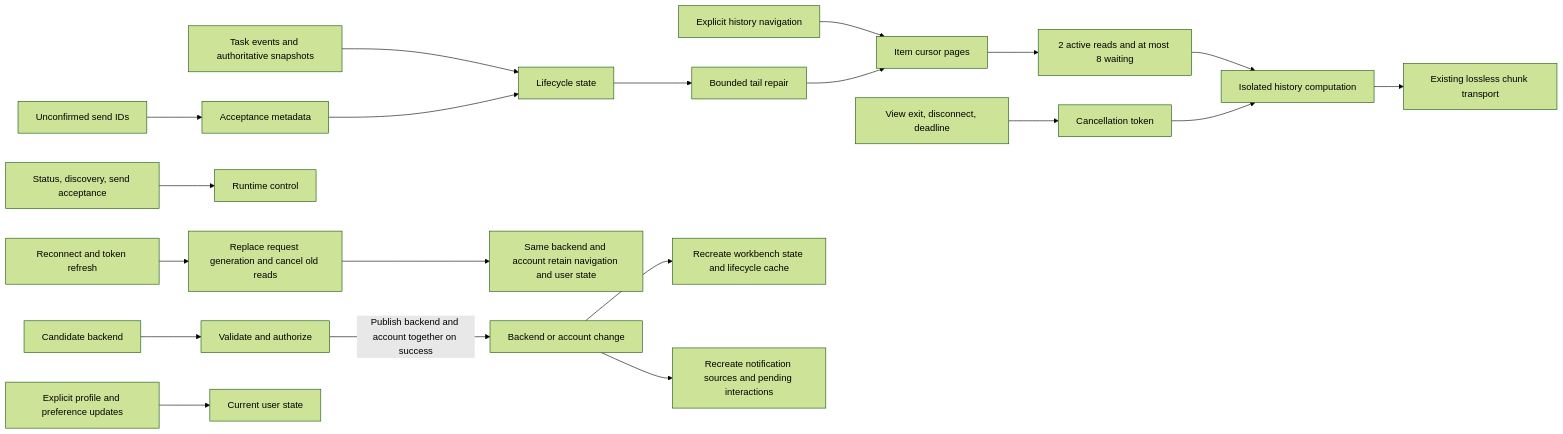
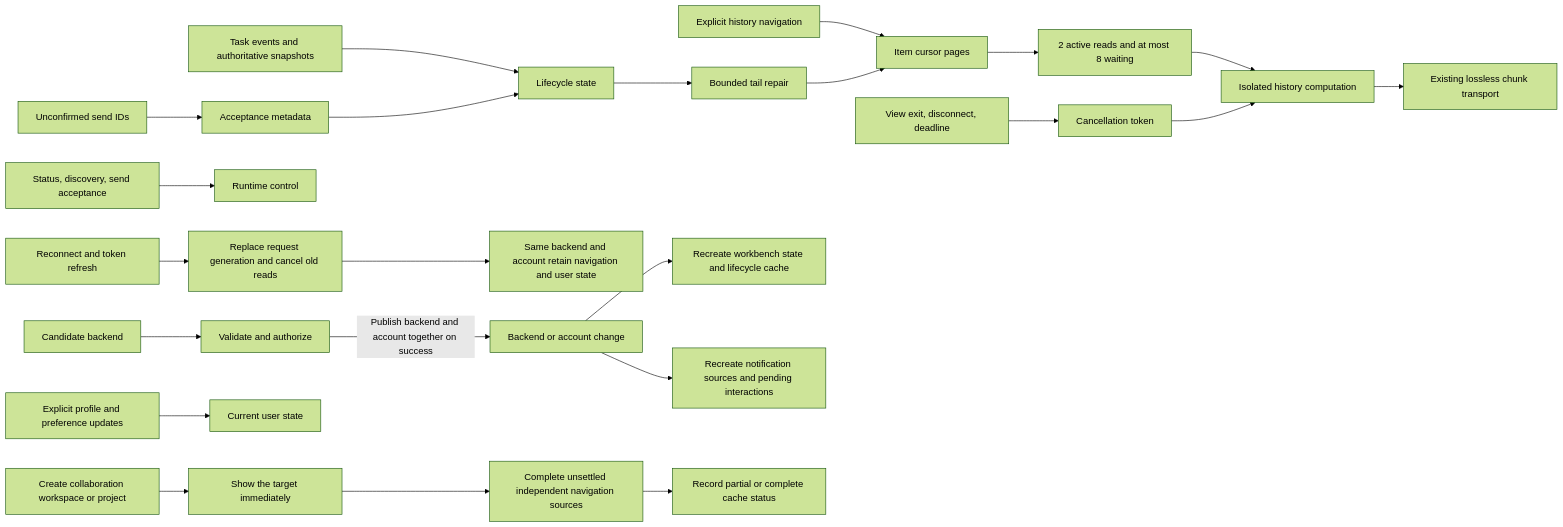
The diagram in docs/en/wegent/developer-guide/wework-runtime-responsiveness.md (wecode-ai/Wegent), drawn with Mermaid (forest theme) before and after one commit. The commit also changed other lines of this file and 3 other files, not shown here.

Commit message:
fix(collaboration): complete navigation after creating cloud projects

````diff
--- a/docs/en/wegent/developer-guide/wework-runtime-responsiveness.md
+++ b/docs/en/wegent/developer-guide/wework-runtime-responsiveness.md
@@ -33,22 +33,25 @@
 ```mermaid
 flowchart LR
     Stream[Task events and authoritative snapshots] --> Lifecycle[Lifecycle state]
     Queue[Unconfirmed send IDs] --> Receipts[Acceptance metadata]
     Receipts --> Lifecycle
     Lifecycle --> Repair[Bounded tail repair]
     User[Explicit history navigation] --> Page[Item cursor pages]
     Repair --> Page
     Page --> Admission[2 active reads and at most 8 waiting]
     Admission --> Worker[Isolated history computation]
     Worker --> Transfer[Existing lossless chunk transport]
     Cancel[View exit, disconnect, deadline] --> Token[Cancellation token]
     Token --> Worker
     Control[Status, discovery, send acceptance] --> Runtime[Runtime control]
     Transport[Reconnect and token refresh] --> Generation[Replace request generation and cancel old reads]
     Generation --> Preserve[Same backend and account retain navigation and user state]
     Owner[Backend or account change] --> Reset[Recreate workbench state and lifecycle cache]
     Owner --> Notifications[Recreate notification sources and pending interactions]
     Candidate[Candidate backend] --> Auth[Validate and authorize]
     Auth -->|Publish backend and account together on success| Owner
     Profile[Explicit profile and preference updates] --> UserState[Current user state]
+    Mutation[Create collaboration workspace or project] --> Target[Show the target immediately]
+    Target --> Navigation[Complete unsettled independent navigation sources]
+    Navigation --> Settled[Record partial or complete cache status]
 ```
````
